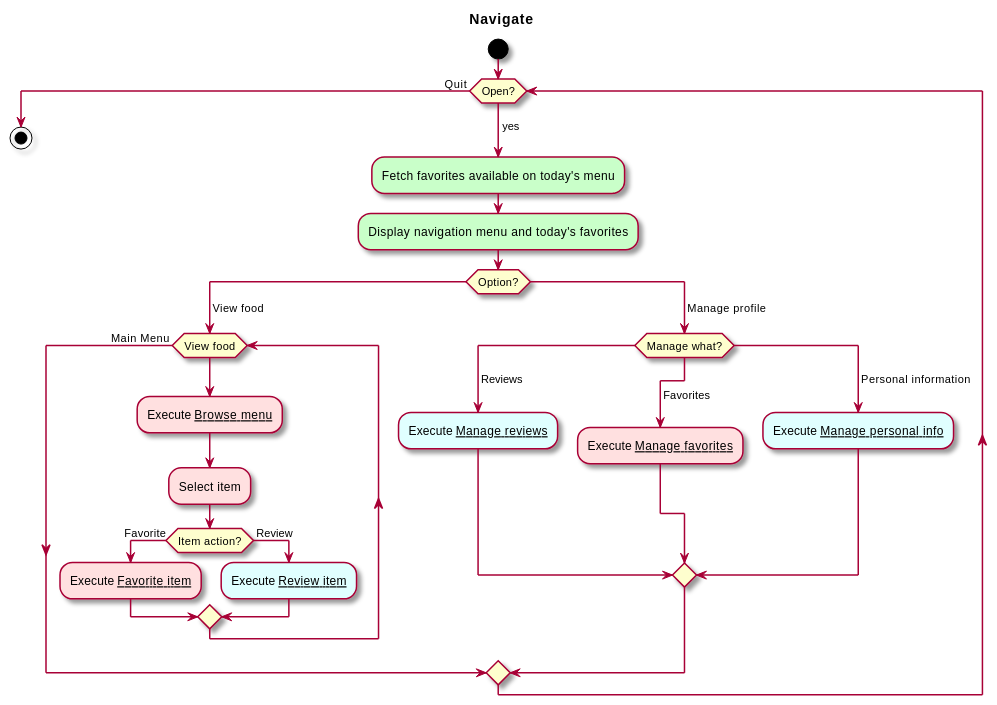
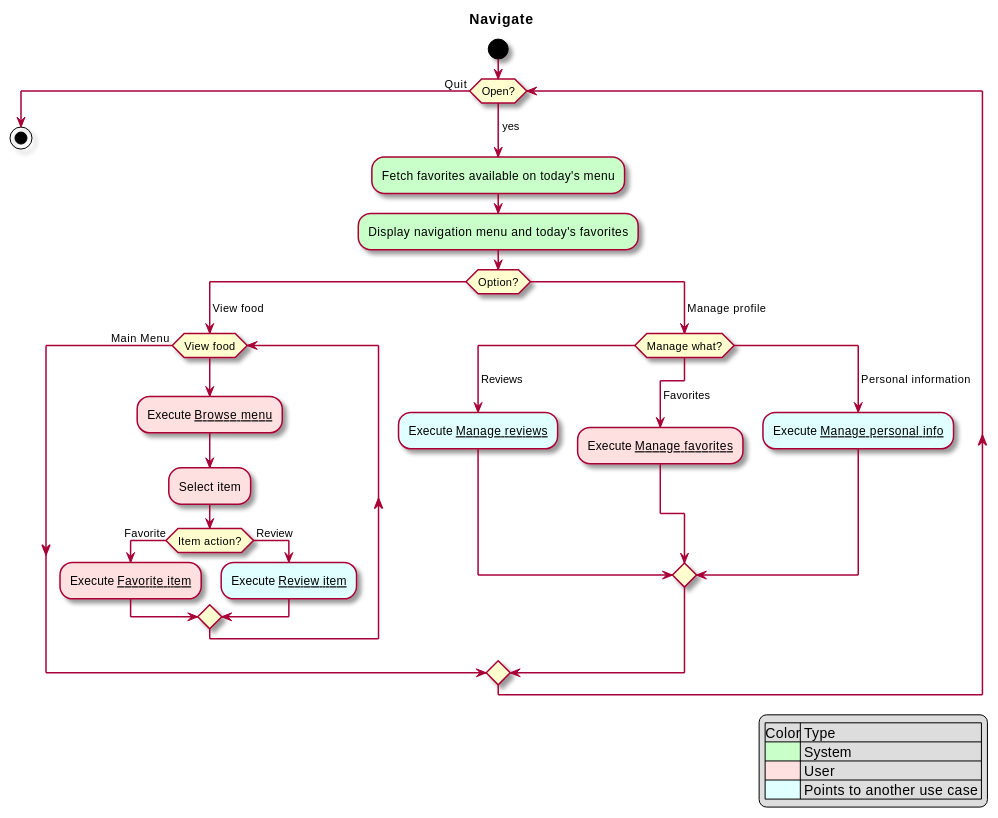
One commit to sashap100/Vassar-Dining-App changed the diagram in intellij/doc/use-cases/navigate.md. Above: the diagram before and after it, drawn with PlantUML. The commit also changed 6 other files, not shown here.

````diff
--- a/intellij/doc/use-cases/navigate.md
+++ b/intellij/doc/use-cases/navigate.md
@@ -28,36 +28,41 @@
 ```plantuml
 @startuml
 
 skin rose
 title Navigate
-
+legend right
+    |Color| Type |
+    |<#technology>| System |
+    |<#implementation>| User |
+    | <#LightCyan> | Points to another use case |
+endlegend
 start
 while (Open?) is (\nyes)
 #technology:Fetch favorites available on today's menu;
 #technology:Display navigation menu and today's favorites;
 switch (Option?)
     case ( View food)
         while (View food) is ( )
             #implementation:Execute __Browse menu__;
             #implementation:Select item;
             if (Item action?) then (Favorite)
                 #implementation:Execute __Favorite item__;
             else ( Review)
                 #LightCyan:Execute __Review item__;
             endif
         endwhile (Main Menu )
     case ( Manage profile)
         switch (Manage what?)
             case ( Reviews)
                 #LightCyan:Execute __Manage reviews__;
             case (\n Favorites)
             
                 #implementation:Execute __Manage favorites__;
             case ( Personal information)
                 #LightCyan:Execute __Manage personal info__;
         endswitch
 endswitch
 endwhile (Quit )
 stop
 @enduml
 ```
````
